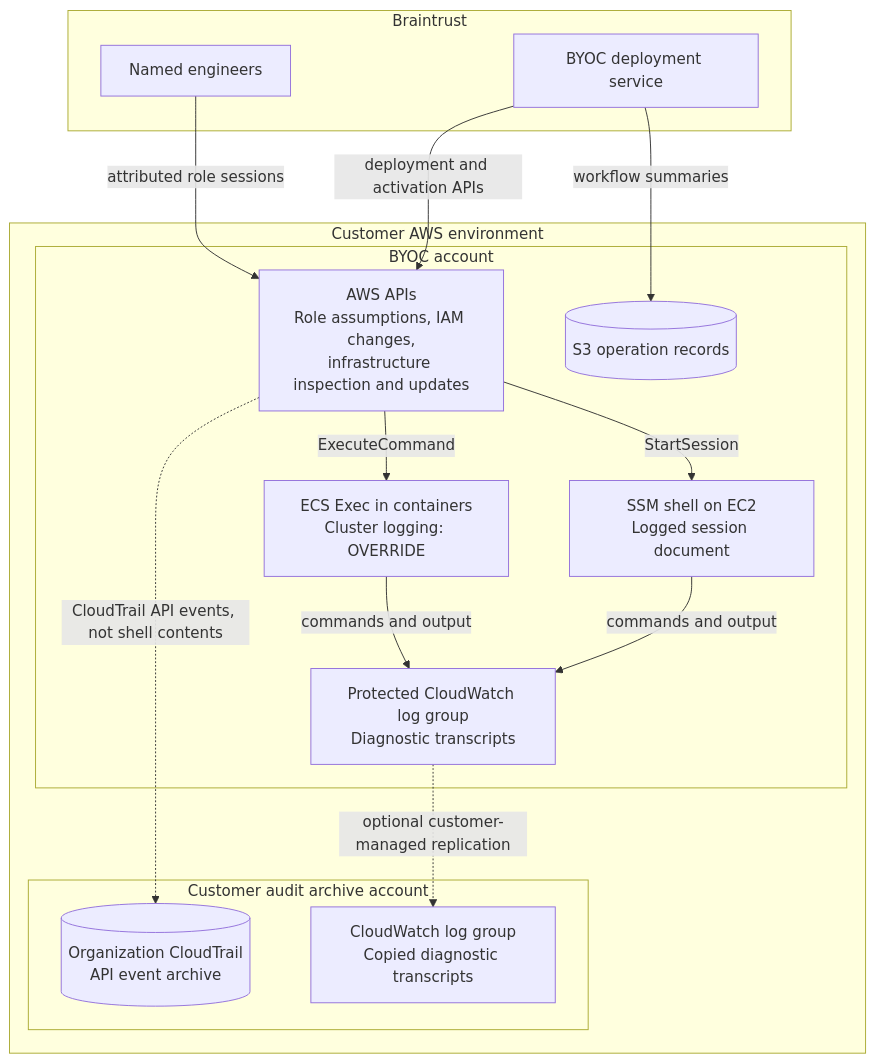
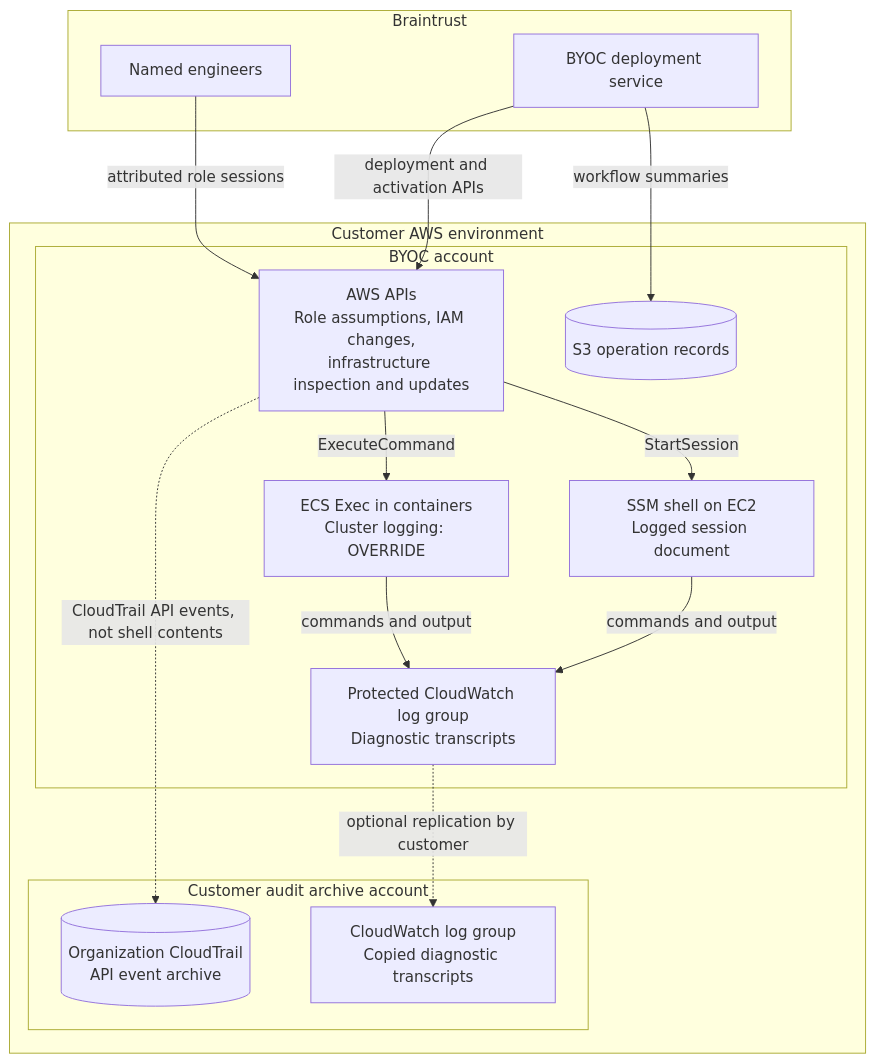
Before and after one commit to braintrustdata/terraform-aws-braintrust-data-plane: the second of 2 diagrams in managed-byoc-v2/README.md, drawn with Mermaid. The commit also changed other lines of this file and 10 other files, not shown here.

````diff
--- a/managed-byoc-v2/README.md
+++ b/managed-byoc-v2/README.md
@@ -240,31 +254,31 @@
 ```mermaid
 flowchart TB
     subgraph BT[Braintrust]
         DEP[BYOC deployment service]
         ENG[Named engineers]
     end
 
     subgraph CUSTOMER[Customer AWS environment]
         subgraph BYOC[BYOC account]
             API["AWS APIs<br/>Role assumptions, IAM changes,<br/>infrastructure inspection and updates"]
             SSM["SSM shell on EC2<br/>Logged session document"]
             ECS["ECS Exec in containers<br/>Cluster logging: OVERRIDE"]
             CW["Protected CloudWatch log group<br/>Diagnostic transcripts"]
             OPS[("S3 operation records")]
         end
         subgraph ARCHIVE[Customer audit archive account]
             CT[("Organization CloudTrail<br/>API event archive")]
             COPY["CloudWatch log group<br/>Copied diagnostic transcripts"]
         end
     end
 
     DEP -->|deployment and activation APIs| API
     ENG -->|attributed role sessions| API
     API -->|StartSession| SSM
     API -->|ExecuteCommand| ECS
     API -.->|CloudTrail API events, not shell contents| CT
     SSM -->|commands and output| CW
     ECS -->|commands and output| CW
-    CW -.->|optional customer-managed replication| COPY
+    CW -.->|optional replication by customer| COPY
     DEP -->|workflow summaries| OPS
 ```
````
